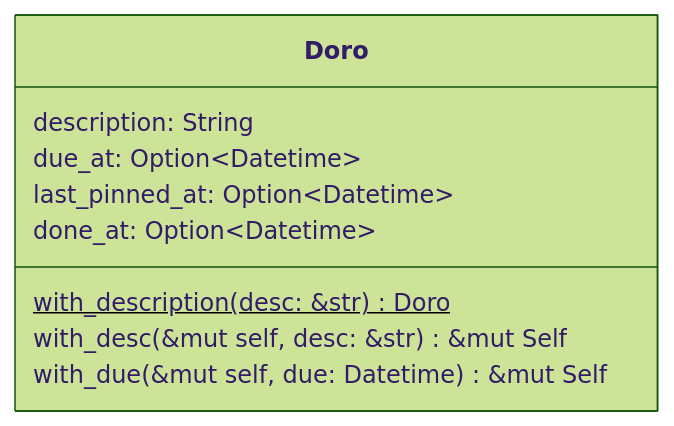
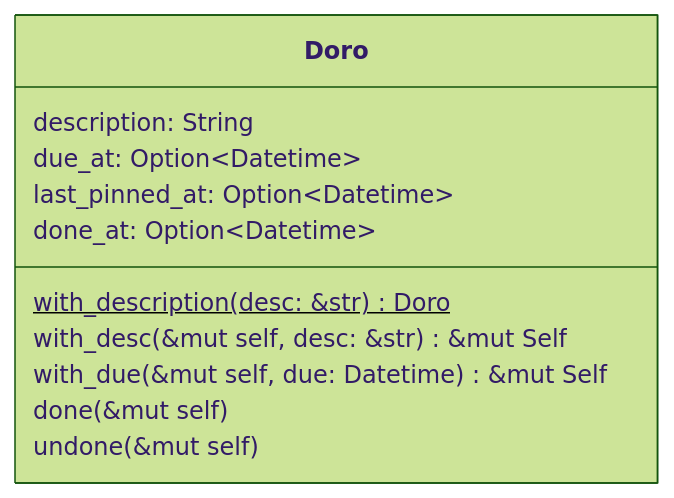
Before and after one commit to huangjj27/huangjj27.github.io: the first of 5 diagrams in src/pomo_doro/doro.md, drawn with Mermaid (forest theme). The commit also changed other lines of this file, not shown here.

````diff
--- a/src/pomo_doro/doro.md
+++ b/src/pomo_doro/doro.md
@@ -13,13 +13,15 @@
 ```mermaid
 classDiagram
 
     class Doro {
         description: String
         due_at: Option~Datetime~
         last_pinned_at: Option~Datetime~
         done_at: Option~Datetime~
         with_description(desc: &str) Doro$
         with_desc(&mut self, desc: &str) &mut Self
         with_due(&mut self, due: Datetime) &mut Self
+        done(&mut self)
+        undone(&mut self)
     }
 ```
````
